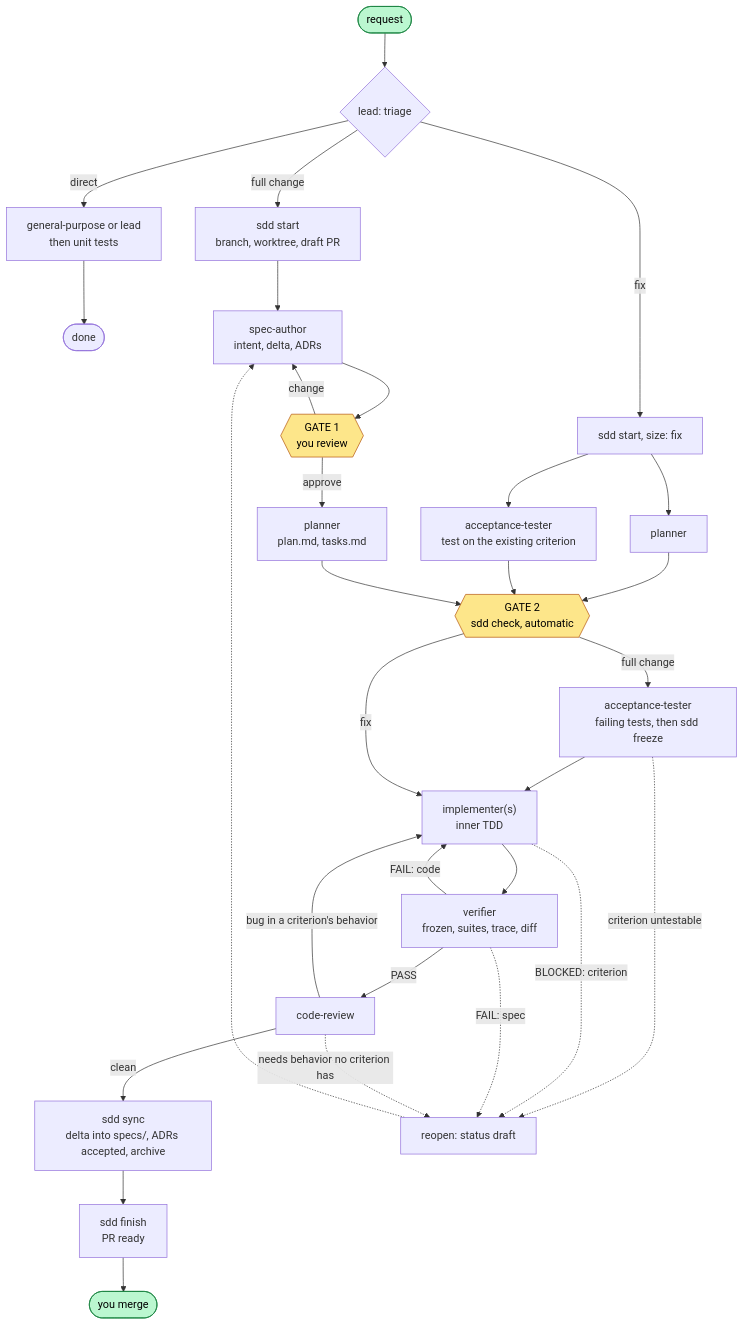
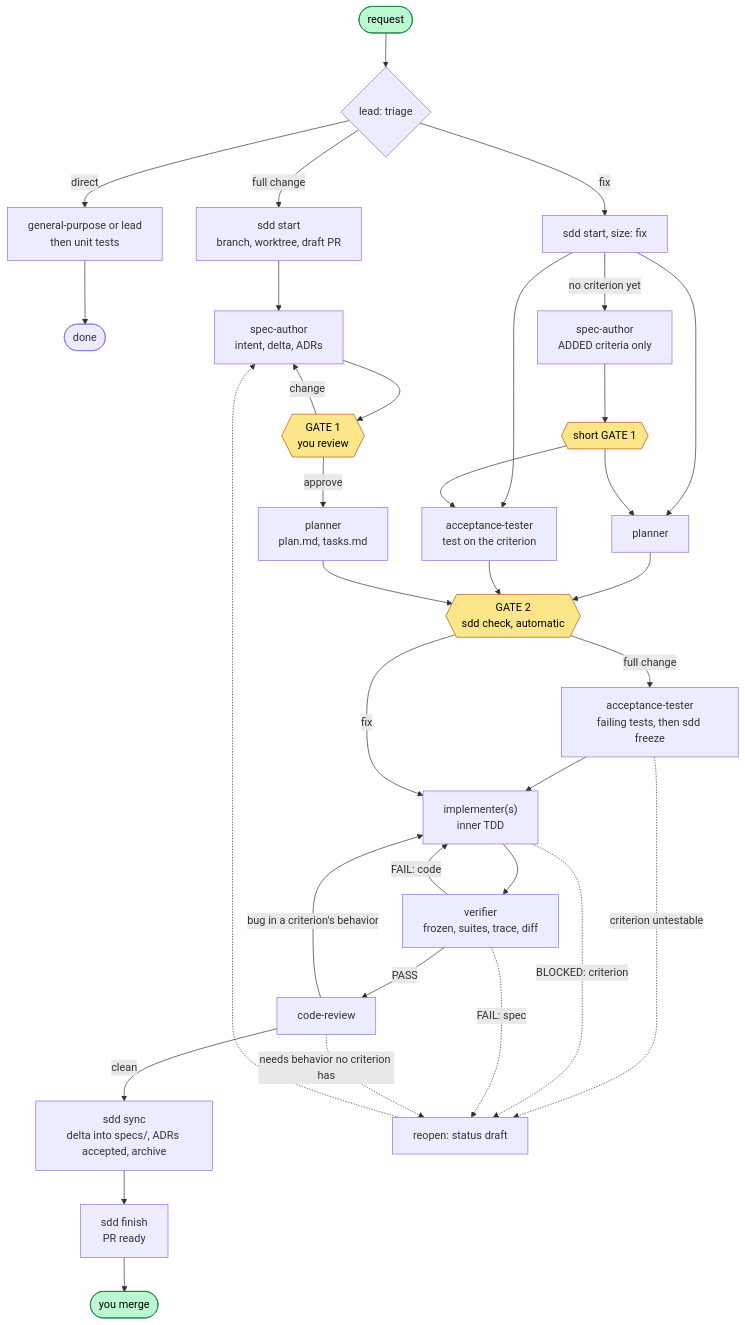
Before and after one commit to gpr/claude-plugins: the diagram in plugins/meta/sdd/docs/explanation/workflow-overview.md, drawn with Mermaid. The commit also changed other lines of this file and 24 other files, not shown here.

````diff
--- a/plugins/meta/sdd/docs/explanation/workflow-overview.md
+++ b/plugins/meta/sdd/docs/explanation/workflow-overview.md
@@ -16,37 +16,38 @@
 ```mermaid
 flowchart TD
     R([request]) --> T{"lead: triage"}
     T -- direct --> D["general-purpose or lead<br/>then unit tests"] --> DONE1([done])
     T -- "full change" --> S1["sdd start<br/>branch, worktree, draft PR"]
     T -- fix --> S2["sdd start, size: fix"]
 
     S1 --> SA["spec-author<br/>intent, delta, ADRs"]
     SA --> G1{{"GATE 1<br/>you review"}}
     G1 -- change --> SA
     G1 -- approve --> PL["planner<br/>plan.md, tasks.md"]
 
-    S2 --> PL2["planner"] & AT2["acceptance-tester<br/>test on the existing criterion"]
+    S2 --> PL2["planner"] & AT2["acceptance-tester<br/>test on the criterion"]
+    S2 -- "no criterion yet" --> SF["spec-author<br/>ADDED criteria only"] --> GF{{"short GATE 1"}} --> PL2 & AT2
     PL2 & AT2 --> G2
 
     PL --> G2{{"GATE 2<br/>sdd check, automatic"}}
     G2 -- "full change" --> AT["acceptance-tester<br/>failing tests, then sdd freeze"]
     AT --> IM
     G2 -- fix --> IM["implementer(s)<br/>inner TDD"]
     IM --> VE["verifier<br/>frozen, suites, trace, diff"]
     VE -- PASS --> CR["code-review"]
     VE -- "FAIL: code" --> IM
     CR -- "bug in a criterion's behavior" --> IM
     CR -- clean --> SY["sdd sync<br/>delta into specs/, ADRs accepted, archive"]
     SY --> FI["sdd finish<br/>PR ready"] --> M([you merge])
 
     AT -. "criterion untestable" .-> RO
     IM -. "BLOCKED: criterion" .-> RO
     VE -. "FAIL: spec" .-> RO
     CR -. "needs behavior no criterion has" .-> RO
     RO["reopen: status draft"] -.-> SA
 
     classDef gate fill:#fde68a,stroke:#b45309,color:#000
     classDef you fill:#bbf7d0,stroke:#15803d,color:#000
-    class G1,G2 gate
+    class G1,G2,GF gate
     class R,M you
 ```
````
